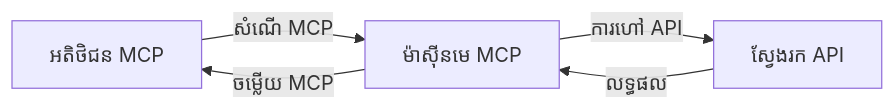
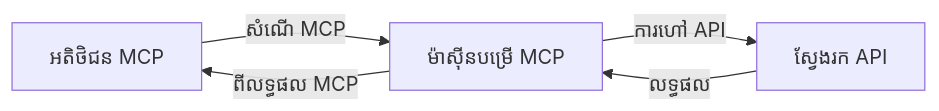
One commit to microsoft/mcp-for-beginners changed the second of 4 diagrams in translations/km/05-AdvancedTopics/mcp-realtimesearch/README.md. Above: the diagram before and after it, drawn with Mermaid. The commit also changed other lines of this file and 43 other files, not shown here.

````diff
--- a/translations/km/05-AdvancedTopics/mcp-realtimesearch/README.md
+++ b/translations/km/05-AdvancedTopics/mcp-realtimesearch/README.md
@@ -599,7 +600,7 @@
 ```mermaid
 graph LR
-    Client[អតិថិជន MCP] --> |សំណើ MCP| Server[ម៉ាស៊ីនមេ MCP]
+    Client[អតិថិជន MCP] --> |សំណើ MCP| Server[ម៉ាស៊ីនបម្រើ MCP]
     Server --> |ការហៅ API| SearchAPI[ស្វែងរក API]
     SearchAPI --> |លទ្ធផល| Server
-    Server --> |ចម្លើយ MCP| Client
+    Server --> |ពីលទ្ធផល MCP| Client
 ```
````
